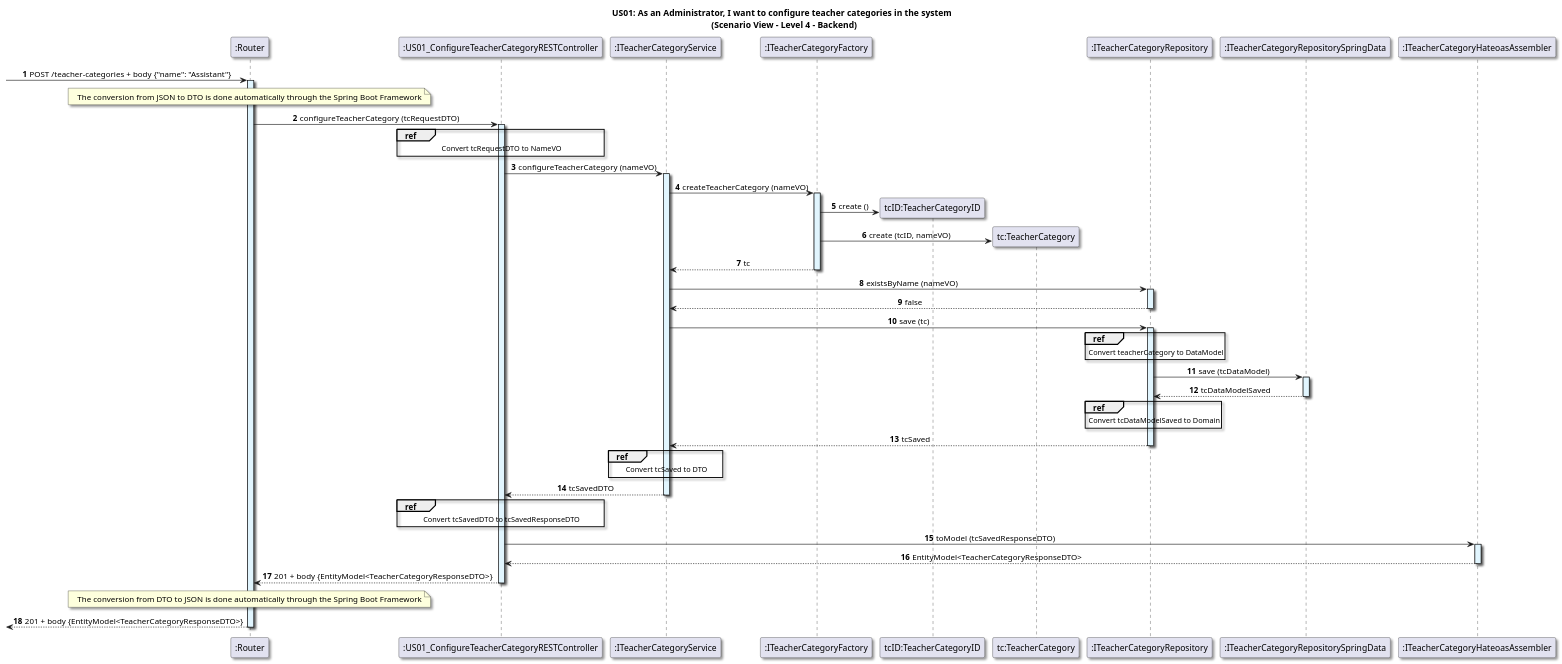
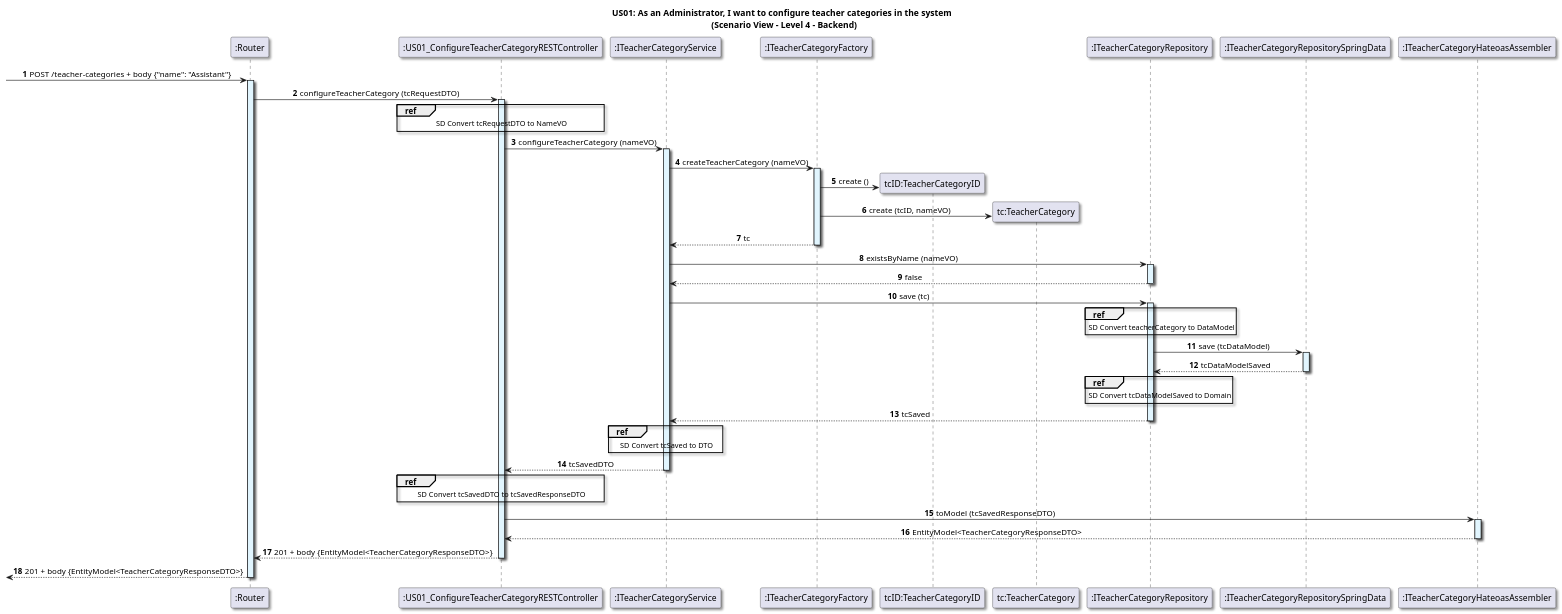
One commit to GasparISEP/DevOps-PAI changed the diagram in docs/US01/Sprint6_RestAPI/ScenarioView/Level4.puml. Above: the diagram before and after it, drawn with PlantUML. The commit also changed 1 other file, not shown here.

Commit message:
docs (scenario): refactor level 3 and 4 scenario view for configureTeacherCategory functionality with minor adjustments #675 #713

```diff
--- a/docs/US01/Sprint6_RestAPI/ScenarioView/Level4.puml
+++ b/docs/US01/Sprint6_RestAPI/ScenarioView/Level4.puml
@@ -1,93 +1,89 @@
 @startuml
 
 title US01: As an Administrator, I want to configure teacher categories in the system \n (Scenario View - Level 4 - Backend)
 
 skinparam defaultTextAlignment center
 skinparam shadowing true
 
 autonumber
 
 participant ":Router" as router
 -> router: POST /teacher-categories + body {"name": "Assistant"}
 activate router #E1F5FE
 
-note over router: The conversion from JSON to DTO is done automatically through the Spring Boot Framework
-
 participant ":US01_ConfigureTeacherCategoryRESTController" as Controller
 router -> Controller: configureTeacherCategory (tcRequestDTO)
 activate Controller #E1F5FE
 
 ref over Controller
-    Convert tcRequestDTO to NameVO
+   SD Convert tcRequestDTO to NameVO
 end
 
 participant ":ITeacherCategoryService" as service
 Controller -> service: configureTeacherCategory (nameVO)
 activate service #E1F5FE
 
 participant ":ITeacherCategoryFactory" as Factory
 service -> Factory: createTeacherCategory (nameVO)
 activate Factory #E1F5FE
 
 create "tcID:TeacherCategoryID"
 Factory -> "tcID:TeacherCategoryID": create ()
 
 create "tc:TeacherCategory"
 Factory -> "tc:TeacherCategory": create (tcID, nameVO)
 
 Factory --> service: tc
 deactivate Factory
 
 participant ":ITeacherCategoryRepository" as Repository
 service -> Repository: existsByName (nameVO)
 activate Repository #E1F5FE
 Repository --> service: false
 deactivate Repository
 
 service -> Repository: save (tc)
 activate Repository #E1F5FE
 
 ref over Repository
-    Convert teacherCategory to DataModel
+    SD Convert teacherCategory to DataModel
 end
 
 participant ":ITeacherCategoryRepositorySpringData" as springDataRepository
 Repository -> springDataRepository: save (tcDataModel)
 activate springDataRepository #E1F5FE
 springDataRepository --> Repository : tcDataModelSaved
 deactivate springDataRepository
 
 ref over Repository
-    Convert tcDataModelSaved to Domain
+    SD Convert tcDataModelSaved to Domain
 end
 
 Repository --> service: tcSaved
 deactivate Repository
 
 ref over service
-    Convert tcSaved to DTO
+    SD Convert tcSaved to DTO
 end
 
 service --> Controller: tcSavedDTO
 deactivate service
 
 ref over Controller
-    Convert tcSavedDTO to tcSavedResponseDTO
+    SD Convert tcSavedDTO to tcSavedResponseDTO
 end
 
 participant ":ITeacherCategoryHateoasAssembler" as hateoasAssembler
 Controller -> hateoasAssembler: toModel (tcSavedResponseDTO)
 activate hateoasAssembler #E1F5FE
 
 hateoasAssembler --> Controller: EntityModel<TeacherCategoryResponseDTO>
 deactivate hateoasAssembler
 
 Controller --> router: 201 + body {EntityModel<TeacherCategoryResponseDTO>}
 deactivate Controller
 
-note over router: The conversion from DTO to JSON is done automatically through the Spring Boot Framework
-
 <-- router: 201 + body {EntityModel<TeacherCategoryResponseDTO>}
 deactivate router
 
 @enduml
```
